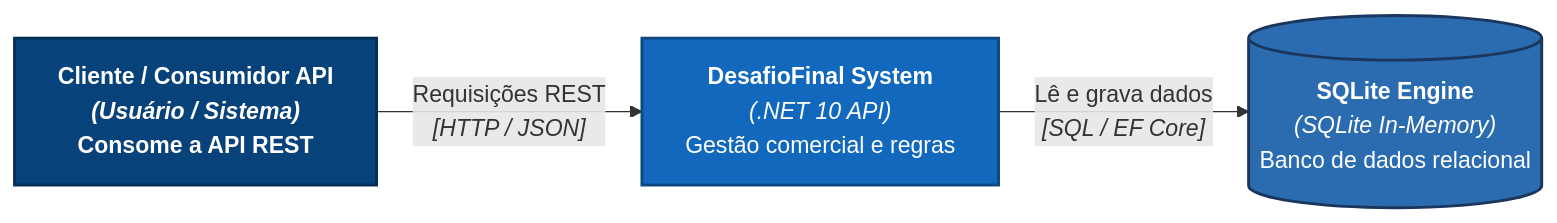
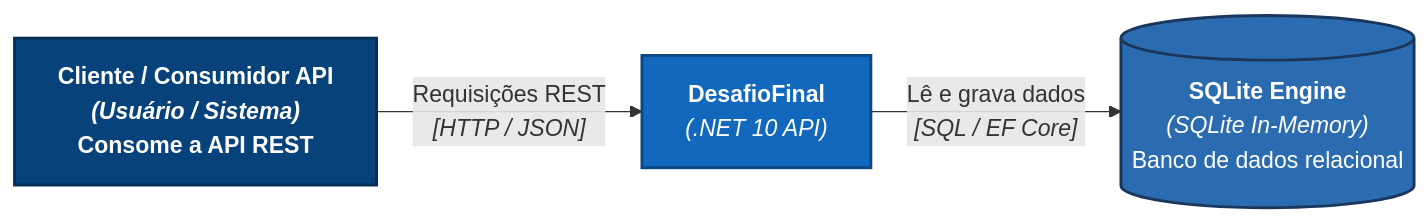
Before and after one commit to JuliermeCosta/DesafioFinal: the first of 3 diagrams in DesafioFinal/README.md, drawn with Mermaid.

Commit message:
Atualização no diagrama

````diff
--- a/DesafioFinal/README.md
+++ b/DesafioFinal/README.md
@@ -4,21 +4,21 @@
 ```mermaid
 flowchart LR
     classDef boundaryStyle fill:#2d3748,stroke:#4a5568,stroke-width:2px,color:#fff,font-weight:bold;
     classDef actorStyle fill:#08427b,stroke:#052e56,stroke-width:2px,color:#fff,font-weight:bold;
     classDef systemStyle fill:#1168bd,stroke:#0b4884,stroke-width:2px,color:#fff;
     classDef extSystemStyle fill:#2b6cb0,stroke:#1a365d,stroke-width:2px,color:#fff;
 
     Cliente["<b>Cliente / Consumidor API</b><br/><i>(Usuário / Sistema)</i><br/>Consome a API REST"]
         
-    DesafioFinal["<b>DesafioFinal System</b><br/><i>(.NET 10 API)</i><br/>Gestão comercial e regras"]
+    DesafioFinal["<b>DesafioFinal</b><br/><i>(.NET 10 API)</i>"]
 
     SQLite[("<b>SQLite Engine</b><br/><i>(SQLite In-Memory)</i><br/>Banco de dados relacional")]
 
     class Title boundaryStyle;
     class Cliente actorStyle;
     class DesafioFinal systemStyle;
     class SQLite extSystemStyle;
 
     Cliente -->|"Requisições REST<br/><i>[HTTP / JSON]</i>"| DesafioFinal
     DesafioFinal -->|"Lê e grava dados<br/><i>[SQL / EF Core]</i>"| SQLite
 ```
````
